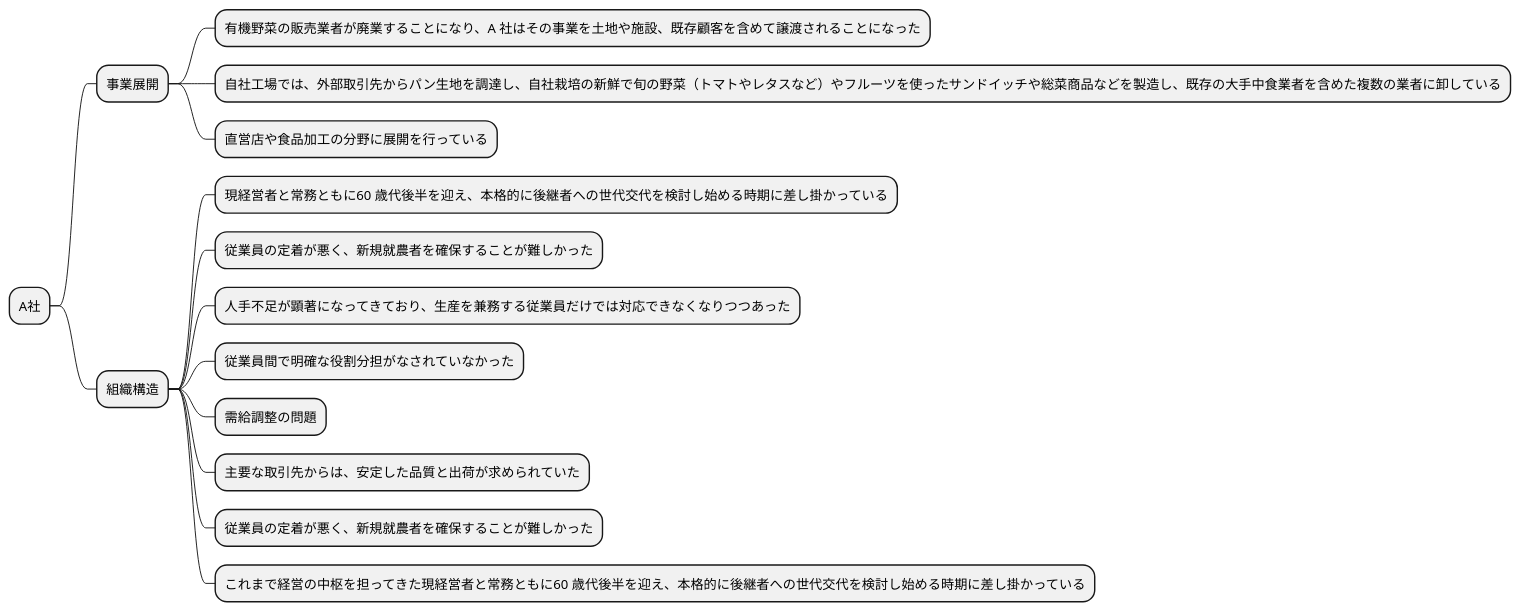
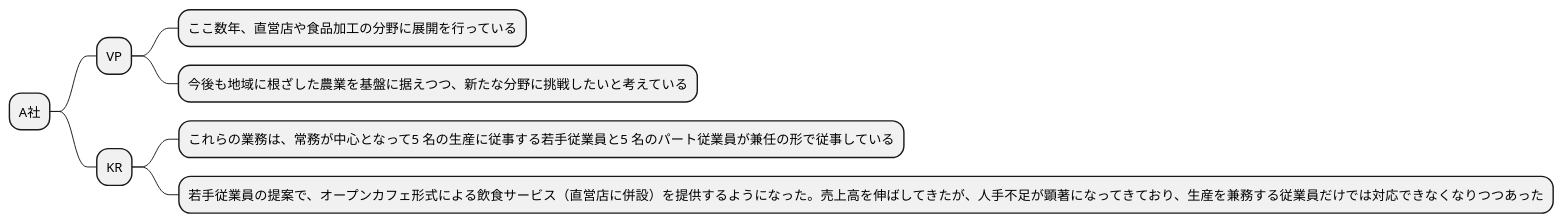
The eighth of 11 diagrams in docs/R04/study/study_1_take02.md (k2works/requirements_definition_excercise), drawn with PlantUML before and after one commit. The commit also changed other lines of this file, not shown here.

````diff
--- a/docs/R04/study/study_1_take02.md
+++ b/docs/R04/study/study_1_take02.md
@@ -255,20 +288,13 @@
 ```plantuml
 @startmindmap
 
 * A社
-** 事業展開
-*** 有機野菜の販売業者が廃業することになり、A 社はその事業を土地や施設、既存顧客を含めて譲渡されることになった
-*** 自社工場では、外部取引先からパン生地を調達し、自社栽培の新鮮で旬の野菜（トマトやレタスなど）やフルーツを使ったサンドイッチや総菜商品などを製造し、既存の大手中食業者を含めた複数の業者に卸している
-*** 直営店や食品加工の分野に展開を行っている
-** 組織構造
-*** 現経営者と常務ともに60 歳代後半を迎え、本格的に後継者への世代交代を検討し始める時期に差し掛かっている
-*** 従業員の定着が悪く、新規就農者を確保することが難しかった
-*** 人手不足が顕著になってきており、生産を兼務する従業員だけでは対応できなくなりつつあった
-*** 従業員間で明確な役割分担がなされていなかった
-*** 需給調整の問題
-*** 主要な取引先からは、安定した品質と出荷が求められていた
-*** 従業員の定着が悪く、新規就農者を確保することが難しかった
-*** これまで経営の中枢を担ってきた現経営者と常務ともに60 歳代後半を迎え、本格的に後継者への世代交代を検討し始める時期に差し掛かっている
+** VP
+*** ここ数年、直営店や食品加工の分野に展開を行っている
+*** 今後も地域に根ざした農業を基盤に据えつつ、新たな分野に挑戦したいと考えている
+** KR
+*** これらの業務は、常務が中心となって5 名の生産に従事する若手従業員と5 名のパート従業員が兼任の形で従事している
+*** 若手従業員の提案で、オープンカフェ形式による飲食サービス（直営店に併設）を提供するようになった。売上高を伸ばしてきたが、人手不足が顕著になってきており、生産を兼務する従業員だけでは対応できなくなりつつあった
 
 @endmindmap
 ```
````
